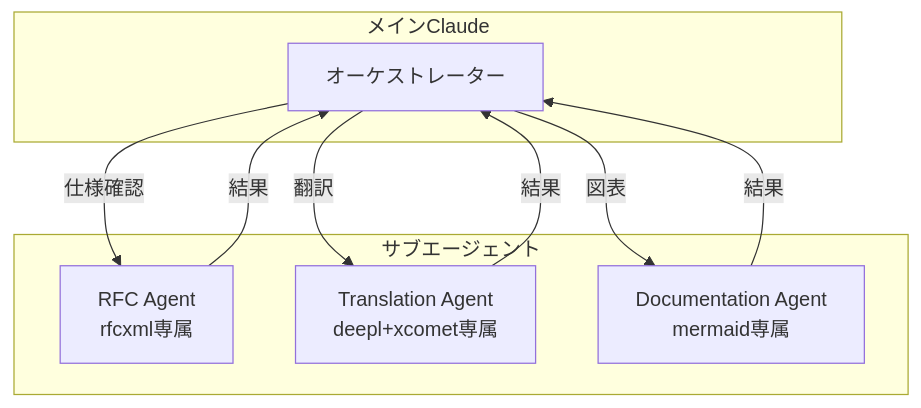
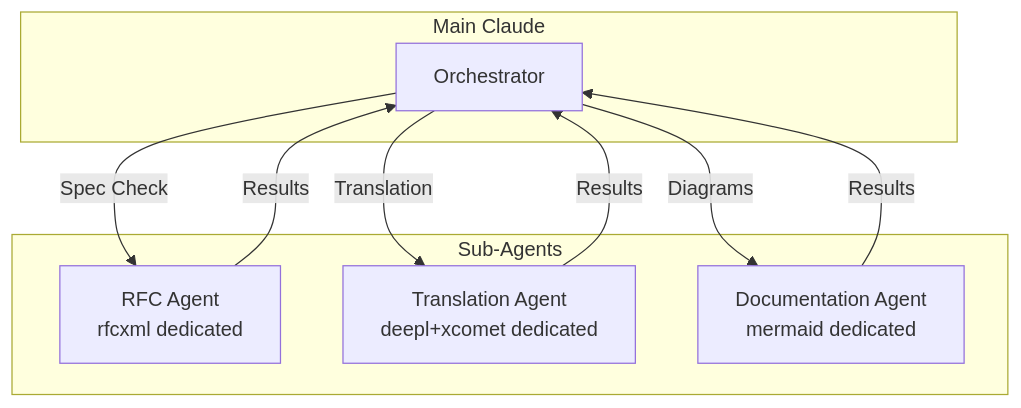
The tenth of 10 diagrams in docs/workflows/patterns.md (shuji-bonji/ai-agent-architecture), drawn with Mermaid before and after one commit. The commit also changed other lines of this file and 42 other files, not shown here.

````diff
--- a/docs/workflows/patterns.md
+++ b/docs/workflows/patterns.md
@@ -324,20 +326,20 @@
 ```mermaid
 graph TB
-    subgraph Orchestrator["メインClaude"]
-        MAIN[オーケストレーター]
+    subgraph Orchestrator["Main Claude"]
+        MAIN[Orchestrator]
     end
 
-    subgraph Agents["サブエージェント"]
-        RFC["RFC Agent<br/>rfcxml専属"]
-        TRANS["Translation Agent<br/>deepl+xcomet専属"]
-        DOC["Documentation Agent<br/>mermaid専属"]
+    subgraph Agents["Sub-Agents"]
+        RFC["RFC Agent<br/>rfcxml dedicated"]
+        TRANS["Translation Agent<br/>deepl+xcomet dedicated"]
+        DOC["Documentation Agent<br/>mermaid dedicated"]
     end
 
-    MAIN -->|"仕様確認"| RFC
-    MAIN -->|"翻訳"| TRANS
-    MAIN -->|"図表"| DOC
+    MAIN -->|"Spec Check"| RFC
+    MAIN -->|"Translation"| TRANS
+    MAIN -->|"Diagrams"| DOC
 
-    RFC -->|"結果"| MAIN
-    TRANS -->|"結果"| MAIN
-    DOC -->|"結果"| MAIN
+    RFC -->|"Results"| MAIN
+    TRANS -->|"Results"| MAIN
+    DOC -->|"Results"| MAIN
 ```
````
